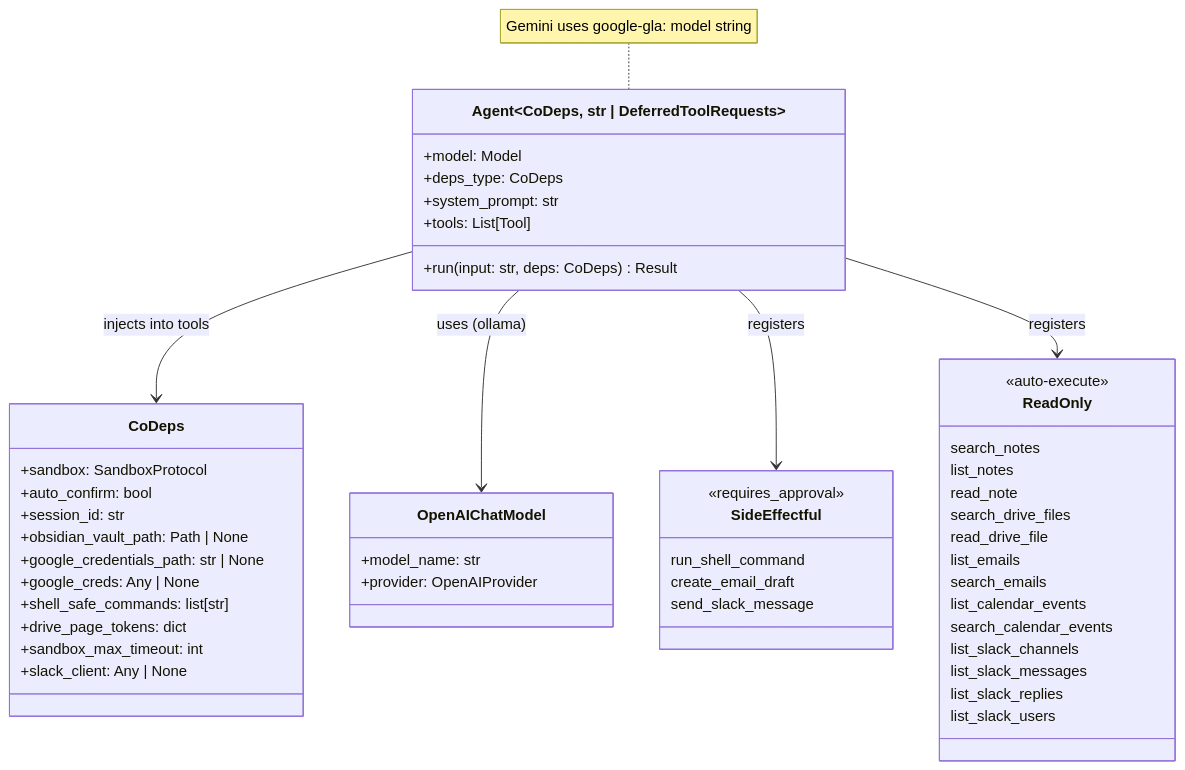
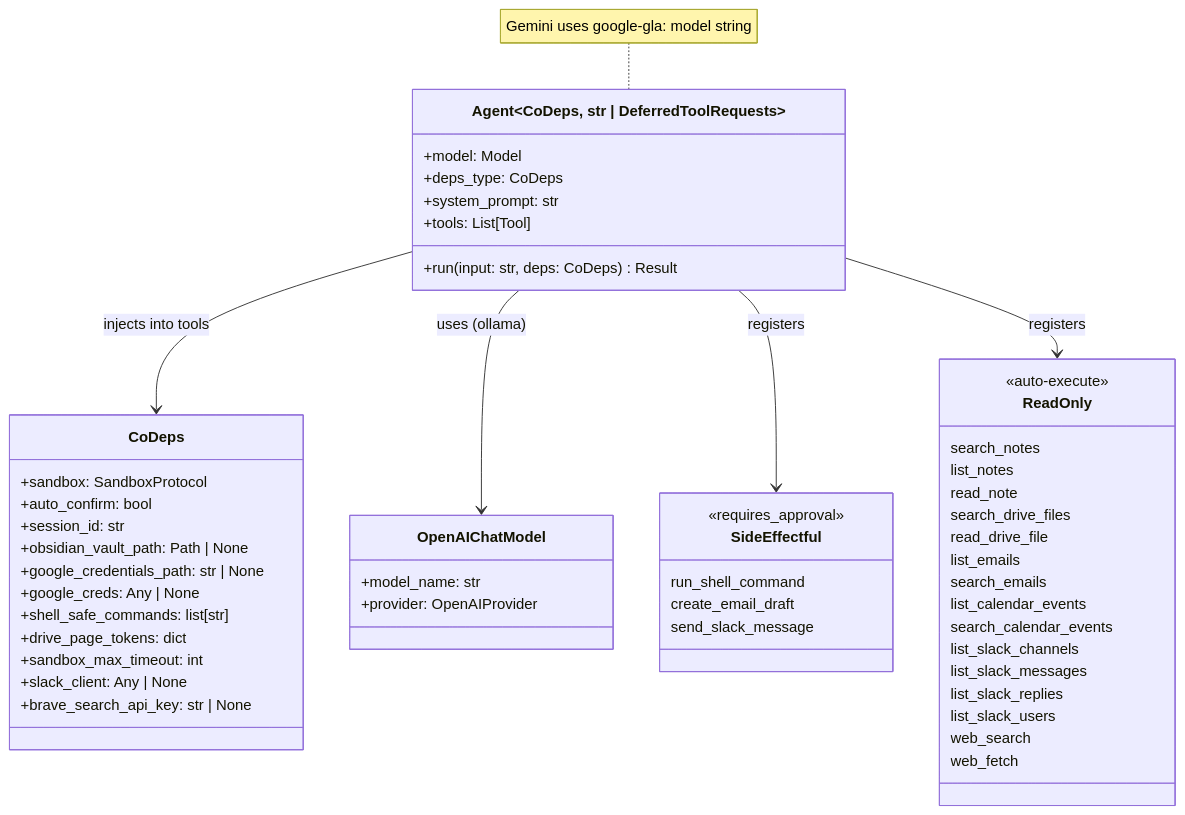
Before and after one commit to binlecode/co-cli: the diagram in docs/DESIGN-01-agent.md, drawn with Mermaid. The commit also changed other lines of this file and 12 other files, not shown here.

````diff
--- a/docs/DESIGN-01-agent.md
+++ b/docs/DESIGN-01-agent.md
@@ -15,58 +15,61 @@
 ```mermaid
 classDiagram
     class Agent~CoDeps, str | DeferredToolRequests~ {
         +model: Model
         +deps_type: CoDeps
         +system_prompt: str
         +tools: List[Tool]
         +run(input: str, deps: CoDeps) Result
     }
 
     class CoDeps {
         +sandbox: SandboxProtocol
         +auto_confirm: bool
         +session_id: str
         +obsidian_vault_path: Path | None
         +google_credentials_path: str | None
         +google_creds: Any | None
         +shell_safe_commands: list[str]
         +drive_page_tokens: dict
         +sandbox_max_timeout: int
         +slack_client: Any | None
+        +brave_search_api_key: str | None
     }
 
     class OpenAIChatModel {
         +model_name: str
         +provider: OpenAIProvider
     }
 
     class SideEffectful {
         <<requires_approval>>
         run_shell_command
         create_email_draft
         send_slack_message
     }
 
     class ReadOnly {
         <<auto-execute>>
         search_notes
         list_notes
         read_note
         search_drive_files
         read_drive_file
         list_emails
         search_emails
         list_calendar_events
         search_calendar_events
         list_slack_channels
         list_slack_messages
         list_slack_replies
         list_slack_users
+        web_search
+        web_fetch
     }
 
     Agent --> CoDeps : injects into tools
     Agent --> OpenAIChatModel : uses (ollama)
     Agent --> SideEffectful : registers
     Agent --> ReadOnly : registers
     note for Agent "Gemini uses google-gla: model string"
 ```
````
